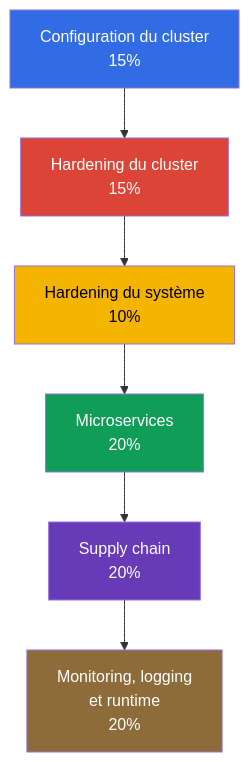
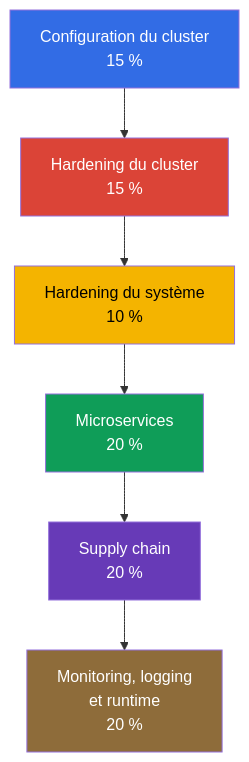
Before and after one commit to ViktorUJ/cks: the second of 3 diagrams in tasks/cks/course/01/fr.md, drawn with Mermaid. The commit also changed other lines of this file and 280 other files, not shown here.

````diff
--- a/tasks/cks/course/01/fr.md
+++ b/tasks/cks/course/01/fr.md
@@ -94,14 +94,14 @@
 ```mermaid
 flowchart TB
-    setup["Configuration du cluster<br/>15%"] --> hardening["Hardening du cluster<br/>15%"]
-    hardening --> system["Hardening du système<br/>10%"]
-    system --> workload["Microservices<br/>20%"]
-    workload --> supply["Supply chain<br/>20%"]
-    supply --> runtime["Monitoring, logging<br/>et runtime<br/>20%"]
+    setup["Configuration du cluster<br/>15 %"] --> hardening["Hardening du cluster<br/>15 %"]
+    hardening --> system["Hardening du système<br/>10 %"]
+    system --> workload["Microservices<br/>20 %"]
+    workload --> supply["Supply chain<br/>20 %"]
+    supply --> runtime["Monitoring, logging<br/>et runtime<br/>20 %"]
     style setup fill:#326ce5,color:#fff
     style hardening fill:#db4437,color:#fff
     style system fill:#f4b400,color:#000
     style workload fill:#0f9d58,color:#fff
     style supply fill:#673ab7,color:#fff
     style runtime fill:#8e6c3a,color:#fff
 ```
````
